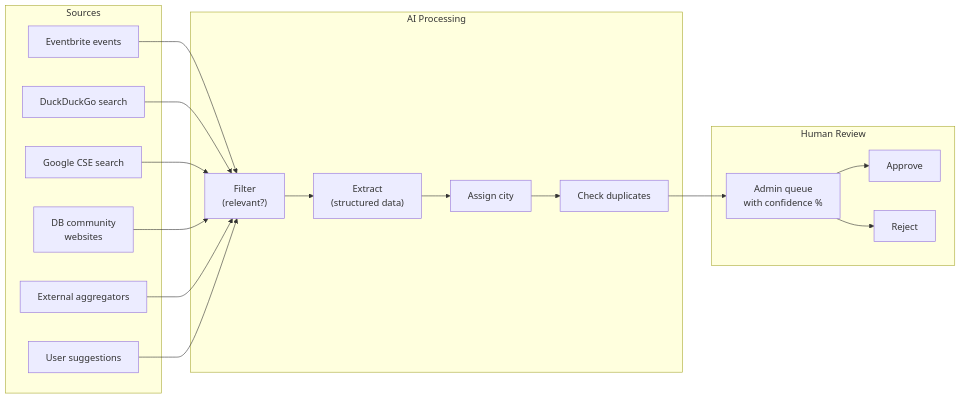
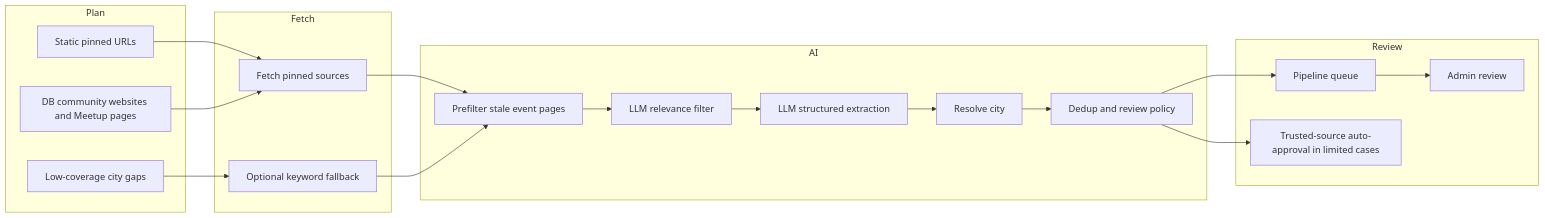
One commit to IndLokal/indlokal changed the diagram in docs/AI_AGENT_PRODUCT.md. Above: the diagram before and after it, drawn with Mermaid. The commit also changed other lines of this file and 1 other file, not shown here.

````diff
--- a/docs/AI_AGENT_PRODUCT.md
+++ b/docs/AI_AGENT_PRODUCT.md
@@ -21,30 +34,36 @@
 ```mermaid
 flowchart LR
-    subgraph Sources
-        EB[Eventbrite events]
-        DDG[DuckDuckGo search]
-        GS[Google CSE search]
-        DB["DB community\nwebsites"]
-        WS[External aggregators]
-        US[User suggestions]
+    subgraph Plan
+        A[Static pinned URLs]
+        B[DB community websites and Meetup pages]
+        C[Low-coverage city gaps]
     end
 
-    subgraph AI["AI Processing"]
-        F["Filter\n(relevant?)"]
-        E["Extract\n(structured data)"]
-        C[Assign city]
-        D[Check duplicates]
-        F --> E --> C --> D
+    subgraph Fetch
+        D[Fetch pinned sources]
+        E[Optional keyword fallback]
     end
 
-    subgraph Review["Human Review"]
-        Q["Admin queue\nwith confidence %"]
-        AP[Approve]
-        RJ[Reject]
-        Q --> AP
-        Q --> RJ
+    subgraph AI
+        F[Prefilter stale event pages]
+        G[LLM relevance filter]
+        H[LLM structured extraction]
+        I[Resolve city]
+        J[Dedup and review policy]
     end
 
-    EB & DDG & GS & DB & WS & US --> F
-    D --> Q
+    subgraph Review
+        K[Pipeline queue]
+        L[Admin review]
+        M[Trusted-source auto-approval in limited cases]
+    end
+
+    A --> D
+    B --> D
+    C --> E
+    D --> F
+    E --> F
+    F --> G --> H --> I --> J --> K
+    K --> L
+    J --> M
 ```
````
